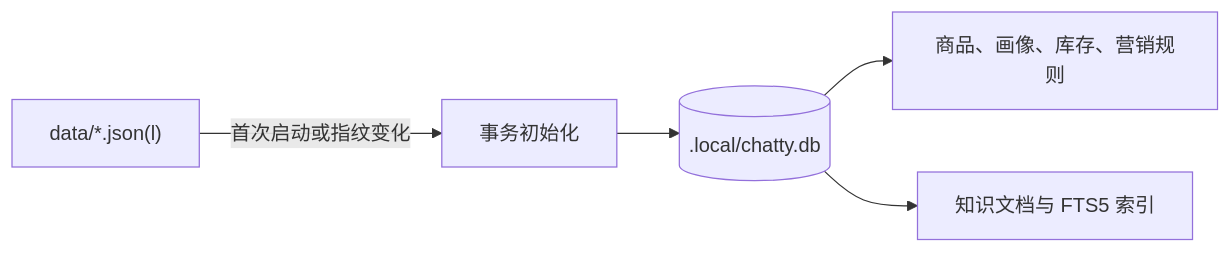
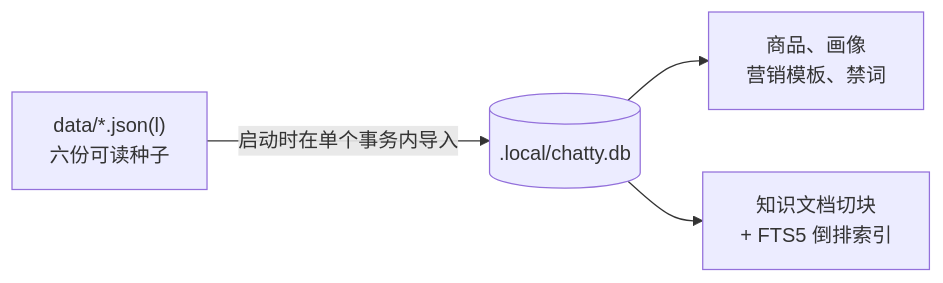
Before and after one commit to ImWenyaoT/chatty: the second of 4 diagrams in docs/architecture.md, drawn with Mermaid. The commit also changed other lines of this file and 1 other file, not shown here.

First line of the commit message:
docs: 重做五张 mermaid 图，补 data 目录说明

````diff
--- a/docs/architecture.md
+++ b/docs/architecture.md
@@ -76,7 +65,6 @@
 ```mermaid
 flowchart LR
-    SEED["data/*.json(l)"] -->|"首次启动或指纹变化"| TX["事务初始化"]
-    TX --> DB[(".local/chatty.db")]
-    DB --> B["商品、画像、库存、营销规则"]
-    DB --> K["知识文档与 FTS5 索引"]
+    SEED["data/*.json(l)<br/>六份可读种子"] -->|"启动时在单个事务内导入"| DB[(".local/chatty.db")]
+    DB --> B["商品、画像<br/>营销模板、禁词"]
+    DB --> K["知识文档切块<br/>+ FTS5 倒排索引"]
 ```
````
